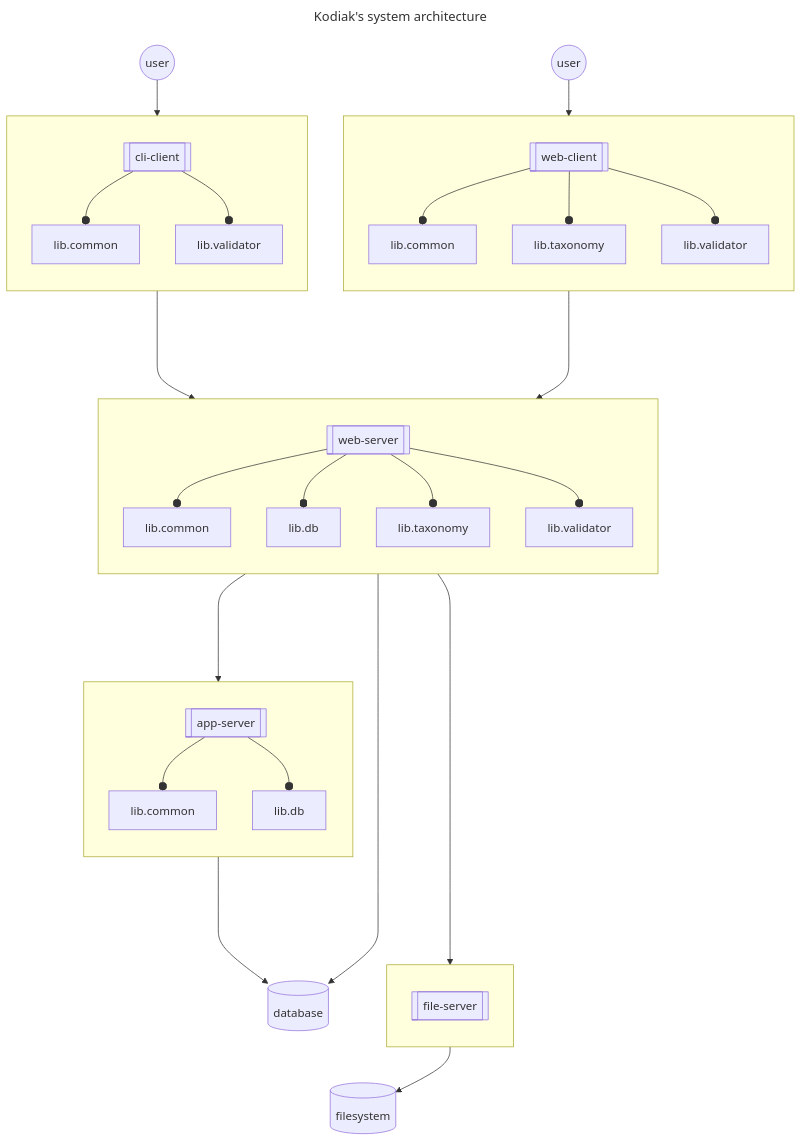
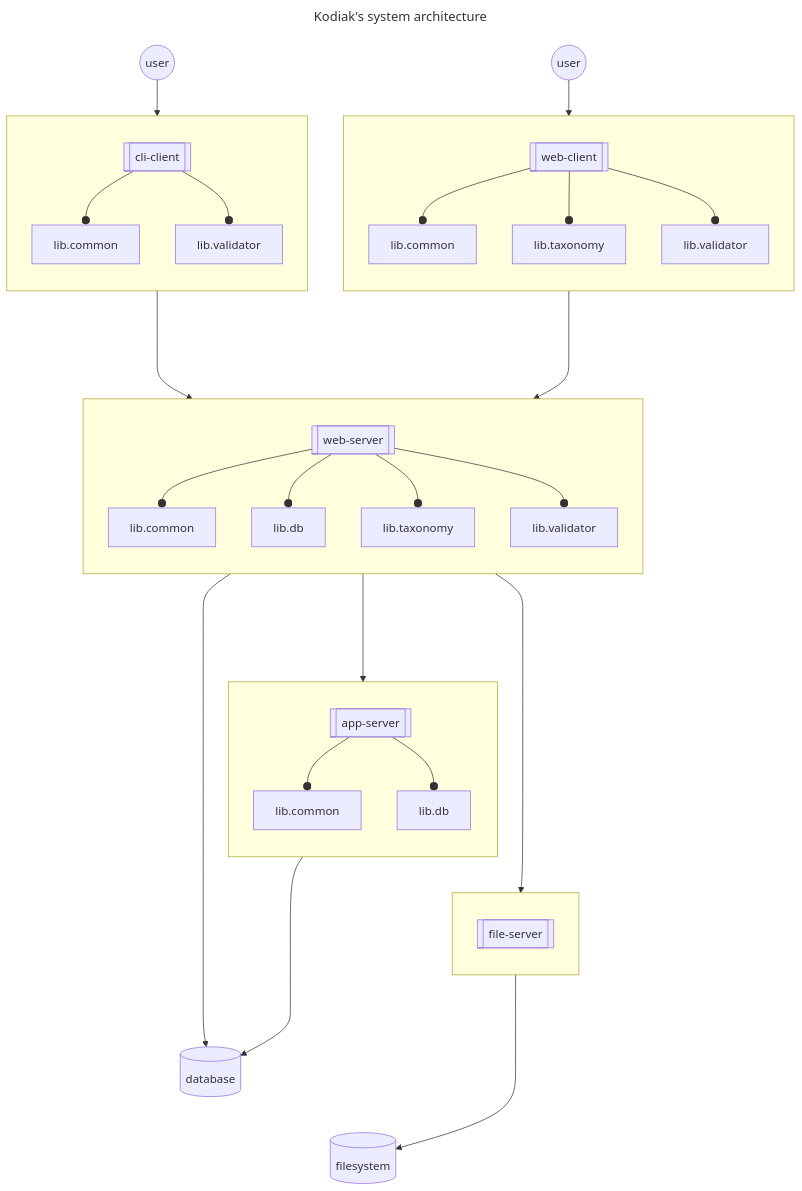
One commit to polarlabs/kodiak-diagrams changed the diagram in SYSTEM-ARCHITECTURE.md. Above: the diagram before and after it, drawn with Mermaid. The commit also changed other lines of this file, not shown here.

````diff
--- a/SYSTEM-ARCHITECTURE.md
+++ b/SYSTEM-ARCHITECTURE.md
@@ -5,43 +5,44 @@
 ```mermaid
 ---
 title: Kodiak's system architecture
 ---
 flowchart TB
   subgraph user-web[ ]
     direction TB  
     web-client[[web-client]] --o web-client.lib.common[lib.common]
     web-client --o web-client.lib.taxonomy[lib.taxonomy]
     web-client --o web-client.lib.validator[lib.validator]
   end
   subgraph user-cli[ ]
     direction TB
     cli-client[[cli-client]] --o cli-client.lib.common[lib.common]
     cli-client --o cli-client.lib.validator[lib.validator]
   end
   subgraph file-server[ ]
     direction TB
     file-server.api[[file-server]]
   end
   subgraph web-server[ ]
     direction TB
     web-server.api[[web-server]] --o web-server.lib.common[lib.common]
     web-server.api[[web-server]] --o web-server.lib.db[lib.db]
     web-server.api[[web-server]] --o web-server.lib.taxonomy[lib.taxonomy]
     web-server.api[[web-server]] --o web-server.lib.validator[lib.validator]
   end
   subgraph app-server[ ]
     direction TB
     app-server.api[[app-server]] --o app-server.lib.common[lib.common]
     app-server.api[[app-server]] --o app-server.lib.db[lib.db]
   end
   web-user((user)) --> web-client
   web-client ----> web-server.api
   cli-user((user)) --> cli-client
   cli-client ----> web-server.api
   web-server.api ----> app-server.api
   web-server.api ----> file-server.api
+  app-server ~~~ file-server
   file-server --> filesystem[(filesystem)]
   web-server --> database[(database)]
   app-server ----> database[(database)]
   database ~~~ filesystem
 ```
````
